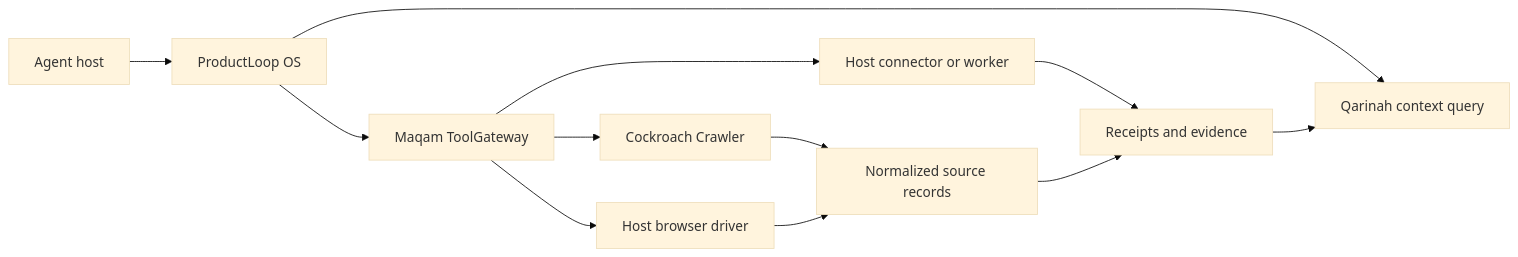
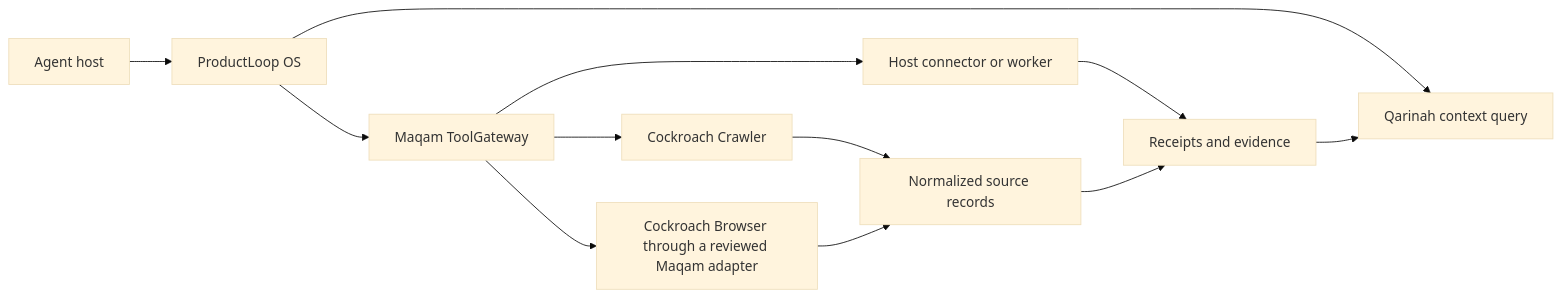
The diagram in docs/agent-stack.md (AjnasNB/productloop-os), drawn with Mermaid (base theme) before and after one commit. The commit also changed other lines of this file and 8 other files, not shown here.

Commit message:
feat: add read-only Cockroach Browser capability snapshot

````diff
--- a/docs/agent-stack.md
+++ b/docs/agent-stack.md
@@ -12,14 +13,14 @@
 ```mermaid
 flowchart LR
   Host["Agent host"] --> Loop["ProductLoop OS"]
   Loop --> Context["Qarinah context query"]
   Loop --> Gateway["Maqam ToolGateway"]
   Gateway --> Crawler["Cockroach Crawler"]
-  Gateway --> Browser["Host browser driver"]
+  Gateway --> Browser["Cockroach Browser through a reviewed Maqam adapter"]
   Gateway --> Connector["Host connector or worker"]
   Crawler --> Records["Normalized source records"]
   Browser --> Records
   Connector --> Evidence["Receipts and evidence"]
   Records --> Evidence
   Evidence --> Context
 ```
````
